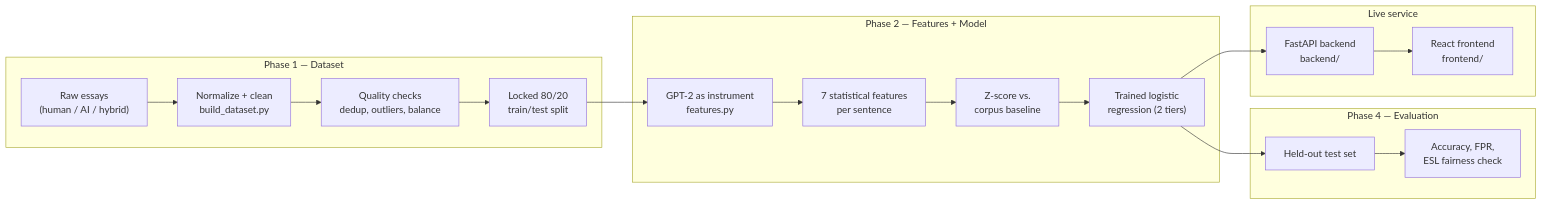
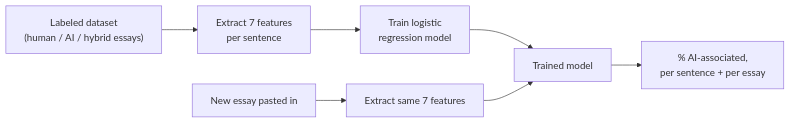
One commit to narenyash/project3NKK changed the diagram in README.md. Above: the diagram before and after it, drawn with Mermaid. The commit also changed other lines of this file and 7 other files, not shown here.

````diff
--- a/README.md
+++ b/README.md
@@ -114,26 +19,10 @@
 ```mermaid
 flowchart LR
-    subgraph P1["Phase 1 — Dataset"]
-        A1["Raw essays\n(human / AI / hybrid)"] --> A2["Normalize + clean\nbuild_dataset.py"]
-        A2 --> A3["Quality checks\ndedup, outliers, balance"]
-        A3 --> A4["Locked 80/20\ntrain/test split"]
-    end
+    A["Labeled dataset\n(human / AI / hybrid essays)"] --> B["Extract 7 features\nper sentence"]
+    B --> C["Train logistic\nregression model"]
+    C --> D["Trained model"]
 
-    subgraph P2["Phase 2 — Features + Model"]
-        B1["GPT-2 as instrument\nfeatures.py"] --> B2["7 statistical features\nper sentence"]
-        B2 --> B3["Z-score vs.\ncorpus baseline"]
-        B3 --> B4["Trained logistic\nregression (2 tiers)"]
-    end
-
-    subgraph P4["Phase 4 — Evaluation"]
-        C1["Held-out test set"] --> C2["Accuracy, FPR,\nESL fairness check"]
-    end
-
-    subgraph LIVE["Live service"]
-        D1["FastAPI backend\nbackend/"] --> D2["React frontend\nfrontend/"]
-    end
-
-    A4 --> B1
-    B4 --> C1
-    B4 --> D1
+    E["New essay pasted in"] --> F["Extract same 7 features"]
+    F --> D
+    D --> G["% AI-associated,\nper sentence + per essay"]
 ```
````
